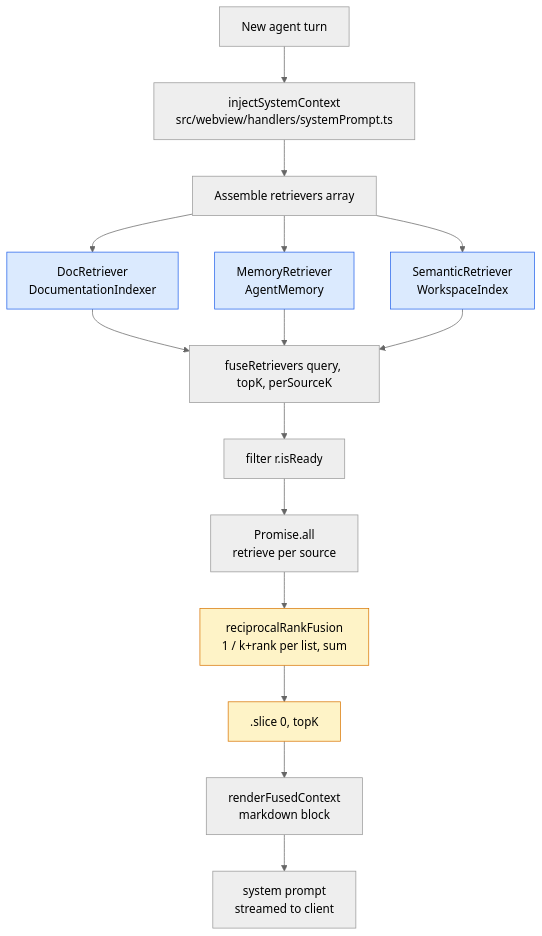
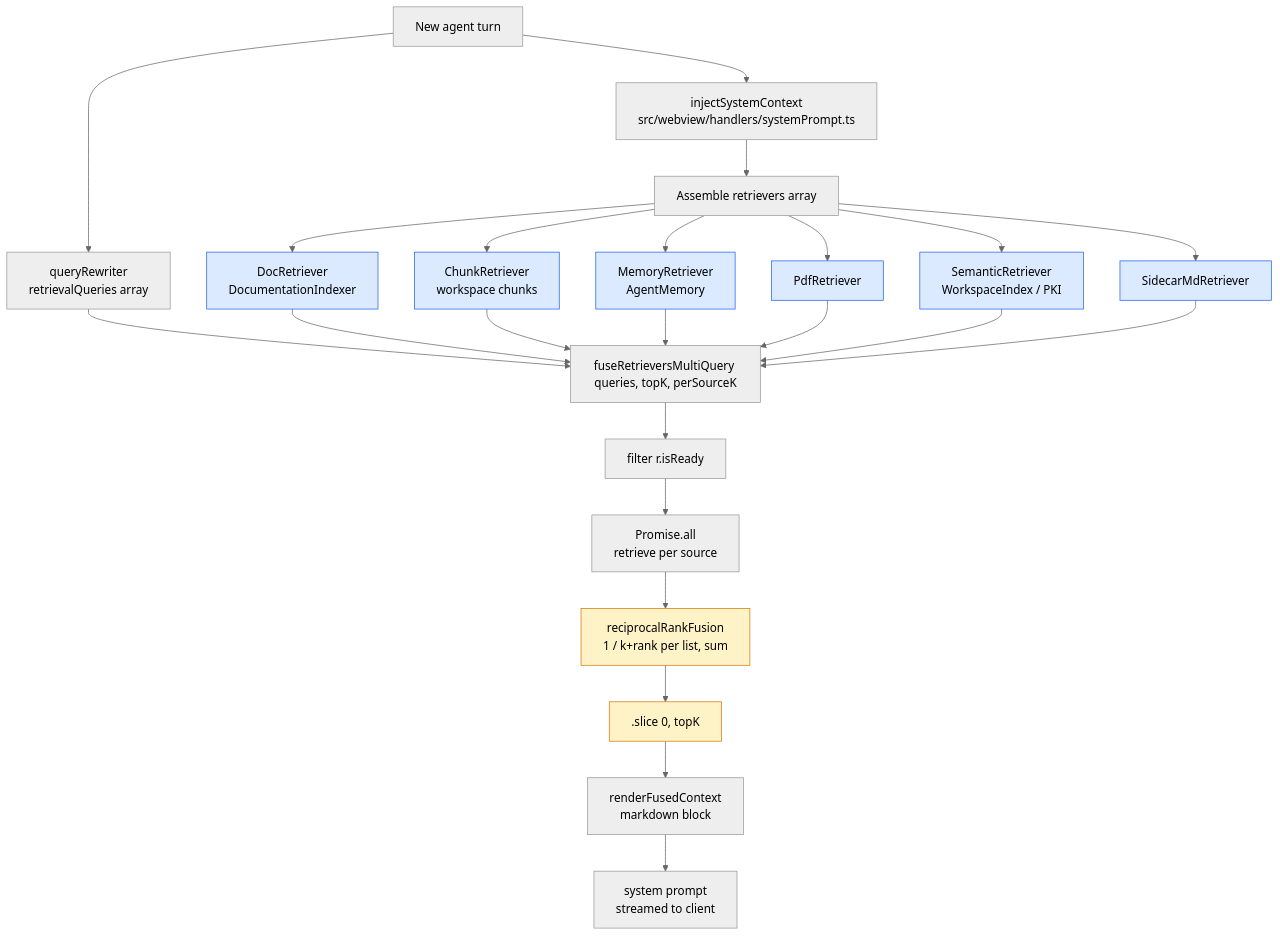
One commit to nedonatelli/sidecar changed the first of 3 diagrams in docs/context-pipeline-diagram.md. Above: the diagram before and after it, drawn with Mermaid (neutral theme). The commit also changed other lines of this file and 39 other files, not shown here.

````diff
--- a/docs/context-pipeline-diagram.md
+++ b/docs/context-pipeline-diagram.md
@@ -7,25 +7,33 @@
 ```mermaid
 flowchart TD
     Turn[New agent turn] --> Inject[injectSystemContext<br/>src/webview/handlers/systemPrompt.ts]
     Inject --> Assemble[Assemble retrievers array]
 
     Assemble --> DR[DocRetriever<br/>DocumentationIndexer]
+    Assemble --> CR[ChunkRetriever<br/>workspace chunks]
     Assemble --> MR[MemoryRetriever<br/>AgentMemory]
-    Assemble --> SR[SemanticRetriever<br/>WorkspaceIndex]
+    Assemble --> PR[PdfRetriever]
+    Assemble --> SR[SemanticRetriever<br/>WorkspaceIndex / PKI]
+    Assemble --> SMR[SidecarMdRetriever]
 
-    DR --> Fuse[fuseRetrievers query, topK, perSourceK]
+    Turn --> QR[queryRewriter<br/>retrievalQueries array]
+    QR --> Fuse[fuseRetrieversMultiQuery queries, topK, perSourceK]
+    DR --> Fuse
+    CR --> Fuse
     MR --> Fuse
+    PR --> Fuse
     SR --> Fuse
+    SMR --> Fuse
 
     Fuse --> ReadyFilter[filter r.isReady]
     ReadyFilter --> Parallel[Promise.all<br/>retrieve per source]
     Parallel --> RRF[reciprocalRankFusion<br/>1 / k+rank per list, sum]
     RRF --> Slice[.slice 0, topK]
     Slice --> Render[renderFusedContext<br/>markdown block]
     Render --> Prompt[system prompt<br/>streamed to client]
 
     classDef retrieverStyle fill:#dbeafe,stroke:#2563eb
     classDef fuseStyle fill:#fef3c7,stroke:#d97706
-    class DR,MR,SR retrieverStyle
+    class DR,CR,MR,PR,SR,SMR retrieverStyle
     class RRF,Slice fuseStyle
 ```
````
